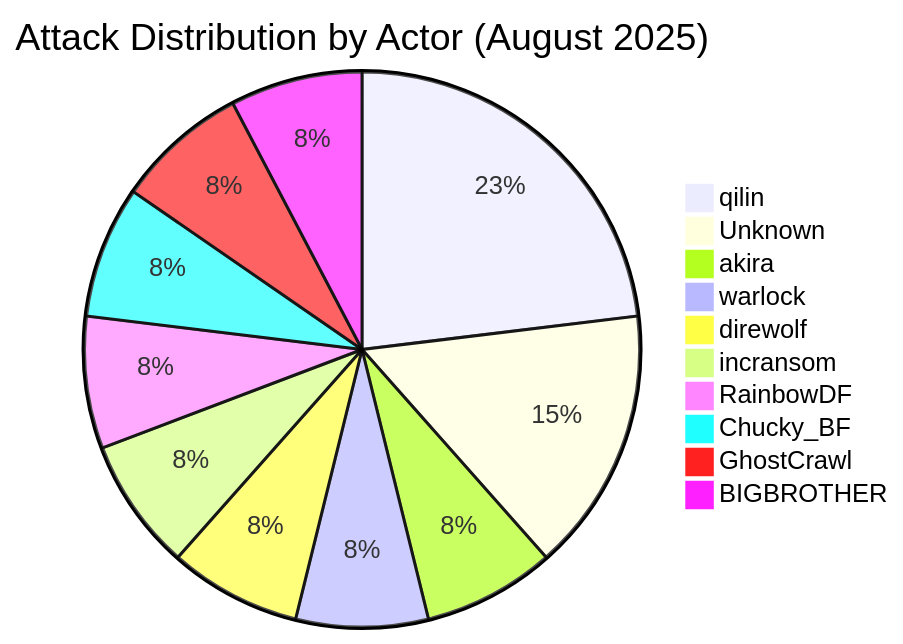
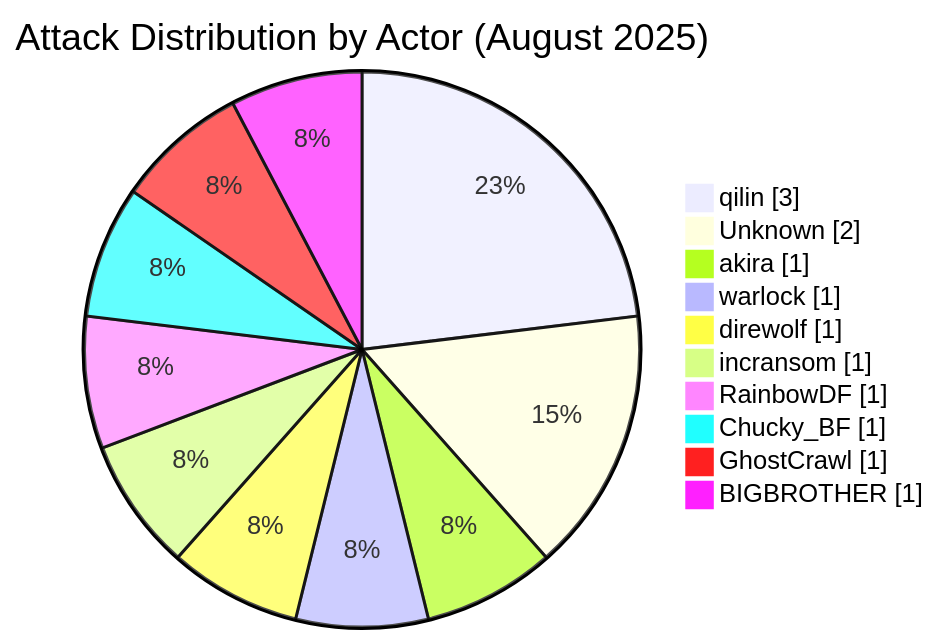
Before and after one commit to Hatchepsoute/AFRINTEL: the first of 7 diagrams in CyberAttackAfrica/2025/08-august/README.md, drawn with Mermaid. The commit also changed other lines of this file and 182 other files, not shown here.

````diff
--- a/CyberAttackAfrica/2025/08-august/README.md
+++ b/CyberAttackAfrica/2025/08-august/README.md
@@ -35,13 +38,14 @@
 ```mermaid
-pie title Attack Distribution by Actor (August 2025)
+pie showData
+    title Attack Distribution by Actor (August 2025)
     "qilin" : 3
     "Unknown" : 2
     "akira" : 1
     "warlock" : 1
     "direwolf" : 1
     "incransom" : 1
     "RainbowDF" : 1
     "Chucky_BF" : 1
     "GhostCrawl" : 1
     "BIGBROTHER" : 1
 ```
````
